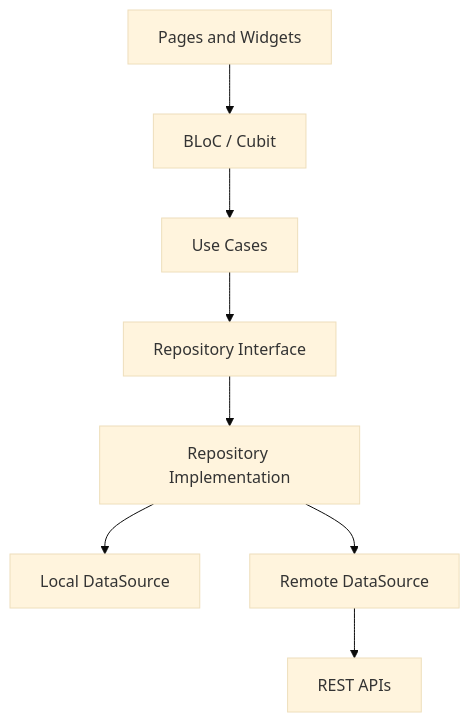
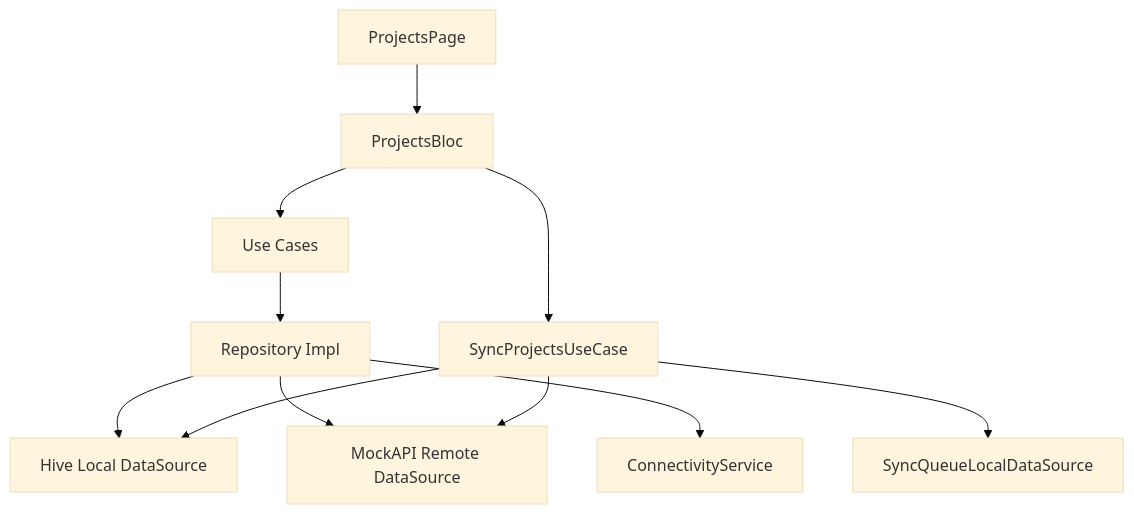
One commit to OmarMonem02/task_manager_assesment changed the first of 2 diagrams in README.md. Above: the diagram before and after it, drawn with Mermaid (base theme). The commit also changed other lines of this file and 27 other files, not shown here.

Commit message:
Add Hive and Hive Flutter dependencies for local data storage; update README to reflect offline-first hybrid sync capabilities for projects and tasks management. Enhance project and task repositories with connectivity checks and sync queue management for improved data handling.

````diff
--- a/README.md
+++ b/README.md
@@ -52,10 +65,13 @@
 ```mermaid
 flowchart TB
-  UI[Pages and Widgets] --> BLoC[BLoC / Cubit]
+  UI[ProjectsPage] --> BLoC[ProjectsBloc]
   BLoC --> UseCase[Use Cases]
-  UseCase --> Repo[Repository Interface]
-  Repo --> RepoImpl[Repository Implementation]
-  RepoImpl --> LocalDS[Local DataSource]
-  RepoImpl --> RemoteDS[Remote DataSource]
-  RemoteDS --> API[REST APIs]
+  UseCase --> Repo[Repository Impl]
+  Repo --> LocalDS[Hive Local DataSource]
+  Repo --> RemoteDS[MockAPI Remote DataSource]
+  Repo --> Conn[ConnectivityService]
+  BLoC --> SyncUC[SyncProjectsUseCase]
+  SyncUC --> Queue[SyncQueueLocalDataSource]
+  SyncUC --> RemoteDS
+  SyncUC --> LocalDS
 ```
````
